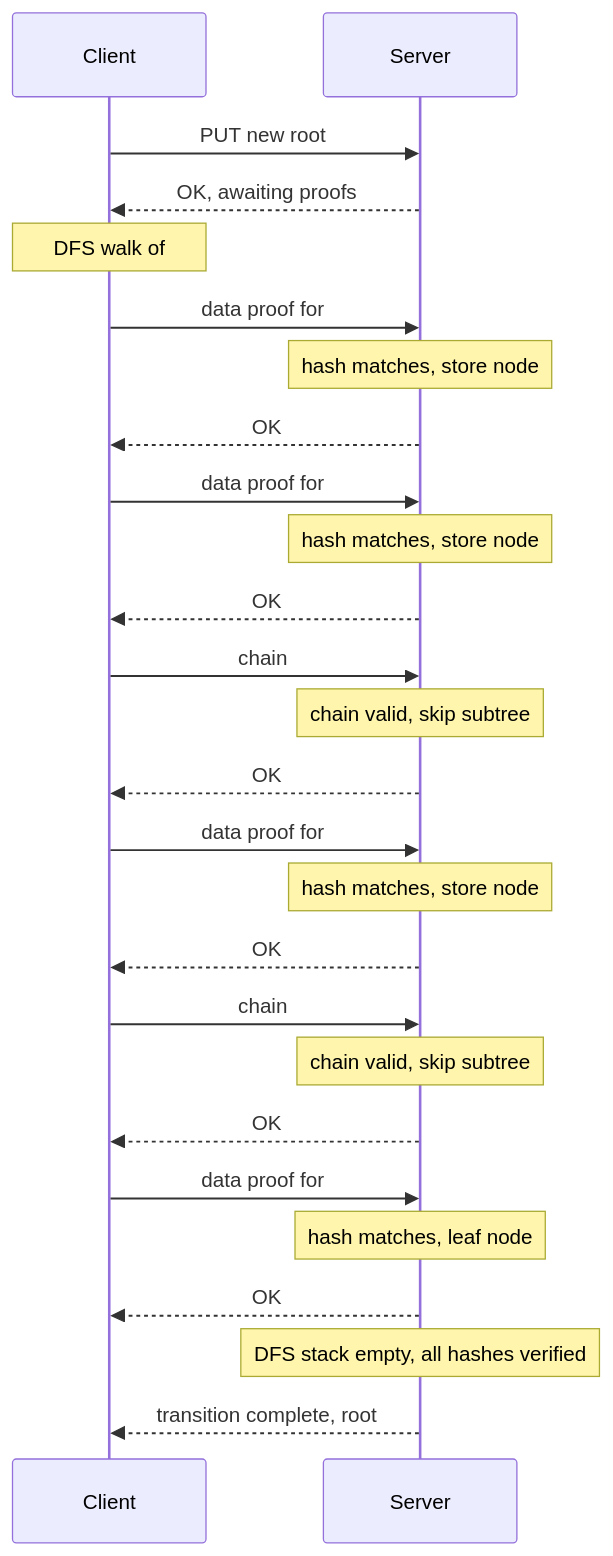
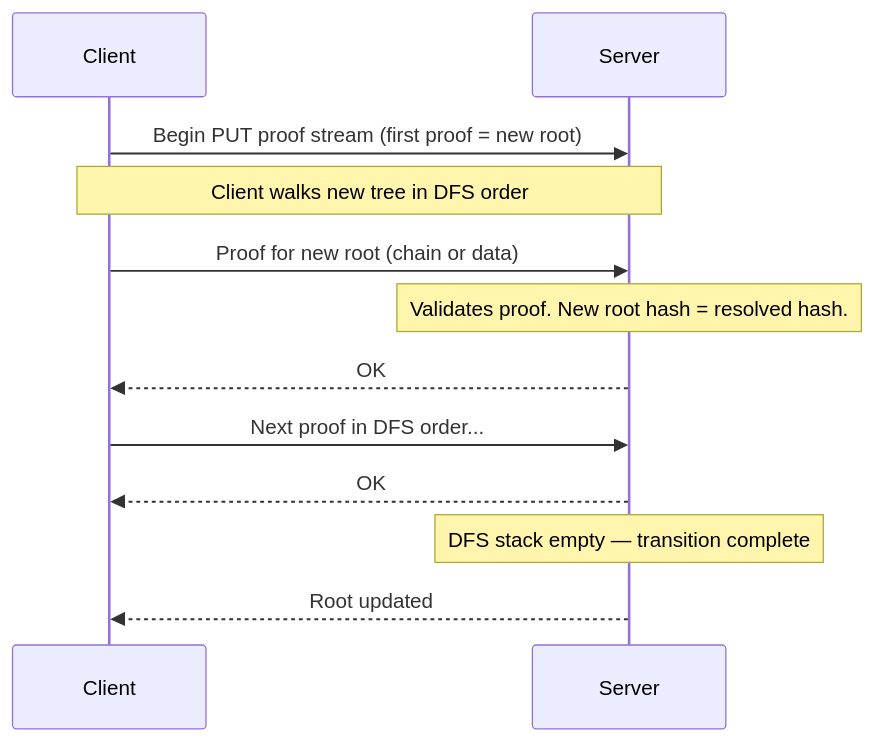
One commit to jclaggett/dacite changed the third of 3 diagrams in docs/book/04-authorization/chapter.md. Above: the diagram before and after it, drawn with Mermaid. The commit also changed other lines of this file, not shown here.

Commit message:
docs: refine root update / re-rooting protocol in Chapter 4

````diff
--- a/docs/book/04-authorization/chapter.md
+++ b/docs/book/04-authorization/chapter.md
@@ -120,37 +104,19 @@
 ```mermaid
 sequenceDiagram
     participant C as Client
     participant S as Server
 
-    C->>S: PUT new root #R'
-    S-->>C: OK, awaiting proofs
+    C->>S: Begin PUT proof stream (first proof = new root)
 
-    Note over C: DFS walk of #R' tree
+    Note over C,S: Client walks new tree in DFS order
 
-    C->>S: data proof for #R' (new map header)
-    Note over S: hash matches, store node
+    C->>S: Proof for new root (chain or data)
+    Note over S: Validates proof. New root hash = resolved hash.
     S-->>C: OK
 
-    C->>S: data proof for #HAMT' (new HAMT node)
-    Note over S: hash matches, store node
+    C->>S: Next proof in DFS order...
     S-->>C: OK
 
-    C->>S: chain #R -> ... -> #entry-name
-    Note over S: chain valid, skip subtree
-    S-->>C: OK
-
-    C->>S: data proof for #entry-age' (new entry)
-    Note over S: hash matches, store node
-    S-->>C: OK
-
-    C->>S: chain #R -> ... -> #key-age
-    Note over S: chain valid, skip subtree
-    S-->>C: OK
-
-    C->>S: data proof for #val-31 (new scalar, leaf)
-    Note over S: hash matches, leaf node
-    S-->>C: OK
-
-    Note over S: DFS stack empty, all hashes verified
-    S-->>C: transition complete, root #R to #R'
+    Note over S: DFS stack empty — transition complete
+    S-->>C: Root updated
 ```
````
